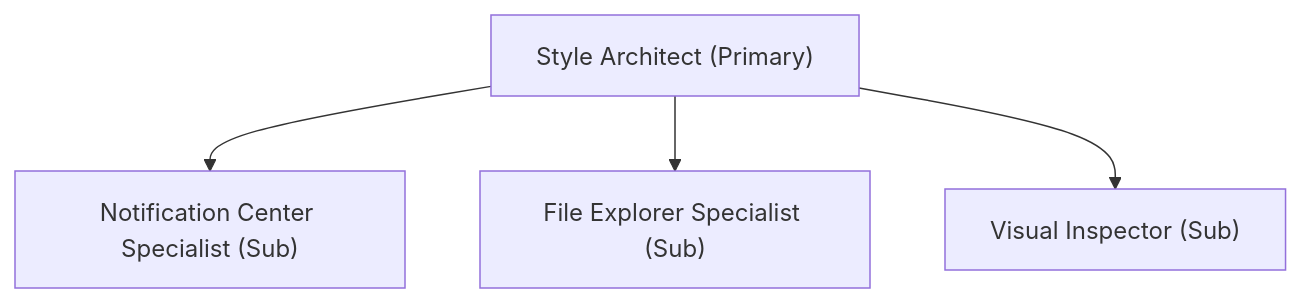
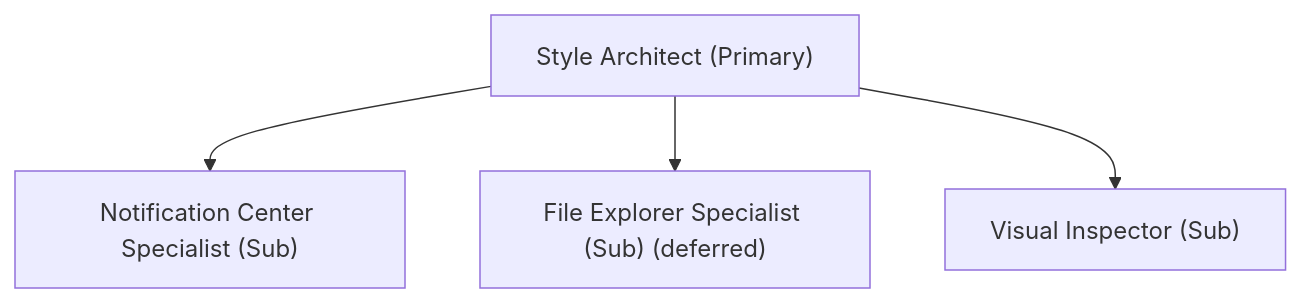
Before and after one commit to HELIX-Origin/Windhawk-Command-Center-Suite: the diagram in .agents/agents/engineering/style-architect.md, drawn with Mermaid. The commit also changed other lines of this file and 22 other files, not shown here.

First line of the commit message:
feat: Update Style Architect and sub-agents documentation for deferred File Explorer work

````diff
--- a/.agents/agents/engineering/style-architect.md
+++ b/.agents/agents/engineering/style-architect.md
@@ -9,6 +9,6 @@
 ```mermaid
 flowchart TD
     Architect["Style Architect (Primary)"] --> NC["Notification Center Specialist (Sub)"]
-    Architect --> FE["File Explorer Specialist (Sub)"]
+    Architect --> FE["File Explorer Specialist (Sub) (deferred)"]
     Architect --> Inspect["Visual Inspector (Sub)"]
 ```
````
